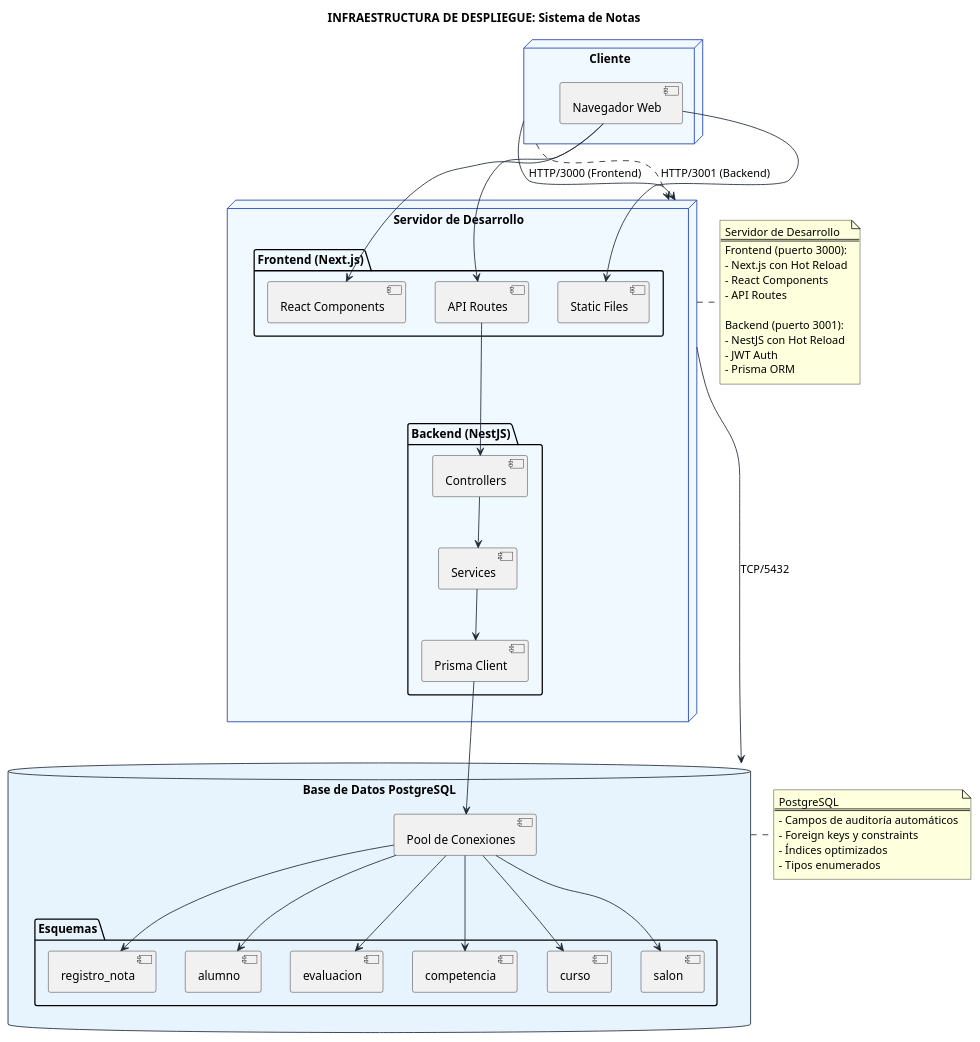
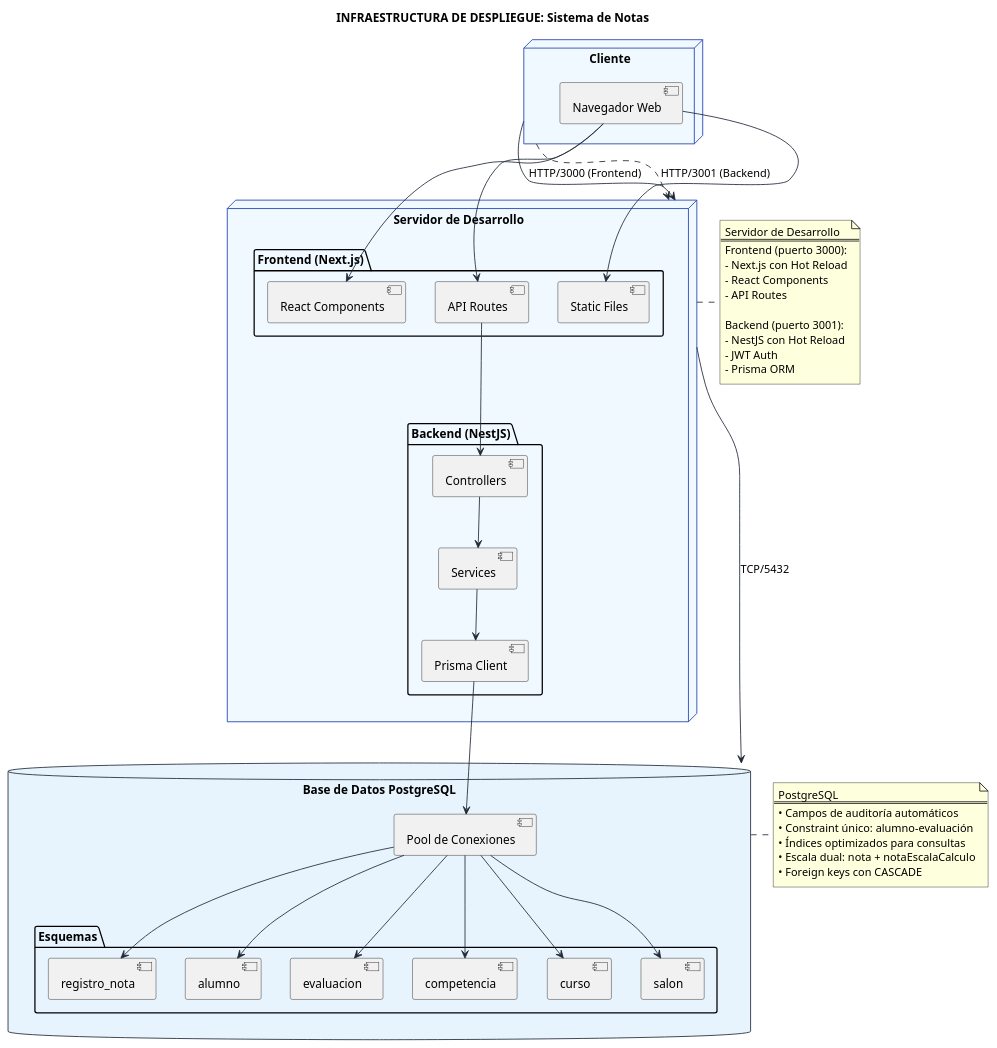
The diagram in diagramas/registro-notas/despliegue-registro-notas.puml (CondePlocs/sistemnotas), drawn with PlantUML before and after one commit. The commit also changed 5 other files, not shown here.

```diff
--- a/diagramas/registro-notas/despliegue-registro-notas.puml
+++ b/diagramas/registro-notas/despliegue-registro-notas.puml
@@ -1,92 +1,93 @@
 @startuml Diagrama de Despliegue - Sistema de Notas
 
 skinparam {
     NodeBackgroundColor #F0F9FF
     NodeBorderColor #1E40AF
     DatabaseBackgroundColor #E8F4FD
     DatabaseBorderColor #1F2937
     ArrowColor #1F2937
     CloudBackgroundColor #EEF2FF
     CloudBorderColor #1E40AF
 }
 
 title INFRAESTRUCTURA DE DESPLIEGUE: Sistema de Notas
 
 node "Cliente" as client {
     [Navegador Web] as browser
 }
 
 node "Servidor de Desarrollo" as devserver {
     package "Frontend (Next.js)" {
         [Static Files] as static
         [React Components] as components
         [API Routes] as frontapi
     }
 
     package "Backend (NestJS)" {
         [Controllers] as controllers
         [Services] as services
         [Prisma Client] as prisma
     }
 }
 
 database "Base de Datos PostgreSQL" as db {
     [Pool de Conexiones] as pool
     folder "Esquemas" {
         [registro_nota] as notas
         [alumno] as alumnos
         [evaluacion] as eval
         [competencia] as comp
         [curso] as cursos
         [salon] as salones
     }
 }
 
 ' Conexiones de Red
 client --> devserver : HTTP/3000 (Frontend)
 client ..> devserver : HTTP/3001 (Backend)
 devserver --> db : TCP/5432
 
 ' Conexiones Internas Frontend
 browser --> static
 browser --> components
 browser --> frontapi
 
 ' Conexiones Internas Backend
 frontapi --> controllers
 controllers --> services
 services --> prisma
 prisma --> pool
 
 ' Conexiones Base de Datos
 pool --> notas
 pool --> alumnos
 pool --> eval
 pool --> comp
 pool --> cursos
 pool --> salones
 
 note right of devserver
   Servidor de Desarrollo
   ==
   Frontend (puerto 3000):
   - Next.js con Hot Reload
   - React Components
   - API Routes
   
   Backend (puerto 3001):
   - NestJS con Hot Reload
   - JWT Auth
   - Prisma ORM
 end note
 
 note right of db
   PostgreSQL
   ==
-  - Campos de auditoría automáticos
-  - Foreign keys y constraints
-  - Índices optimizados
-  - Tipos enumerados
+  • Campos de auditoría automáticos
+  • Constraint único: alumno-evaluación
+  • Índices optimizados para consultas
+  • Escala dual: nota + notaEscalaCalculo
+  • Foreign keys con CASCADE
 end note
 
 @enduml
```
